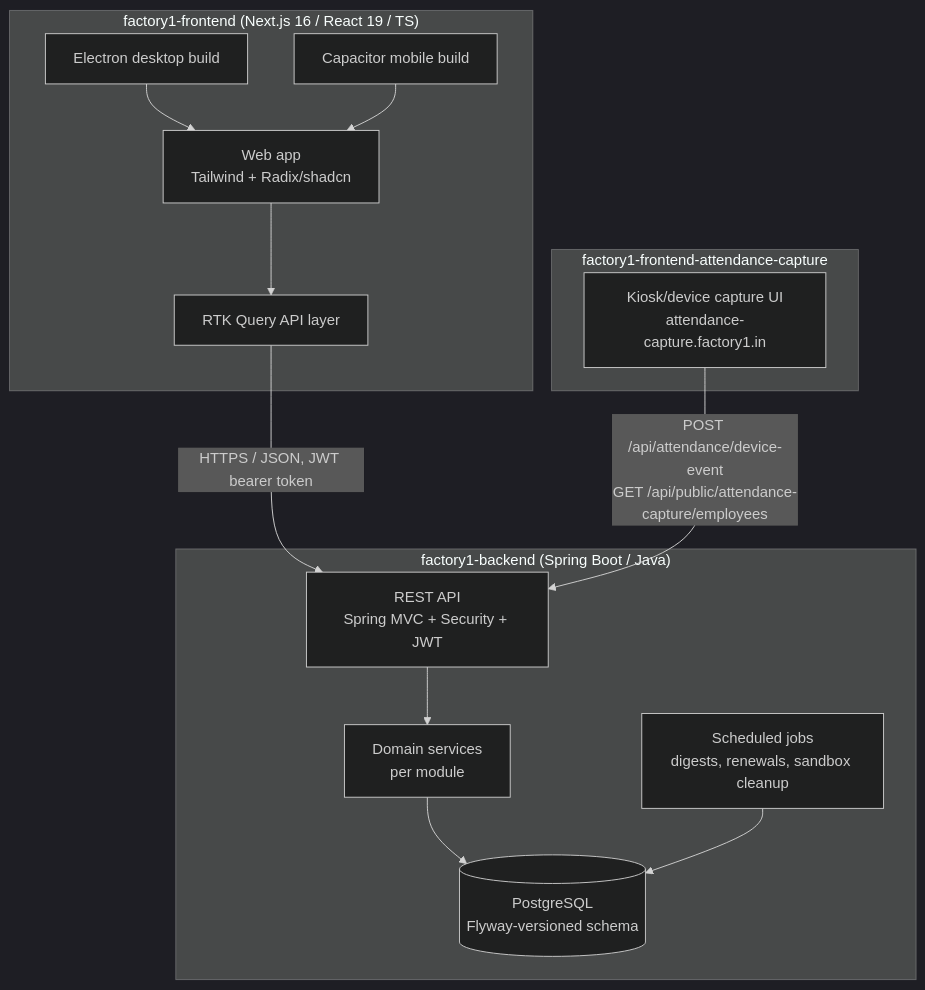
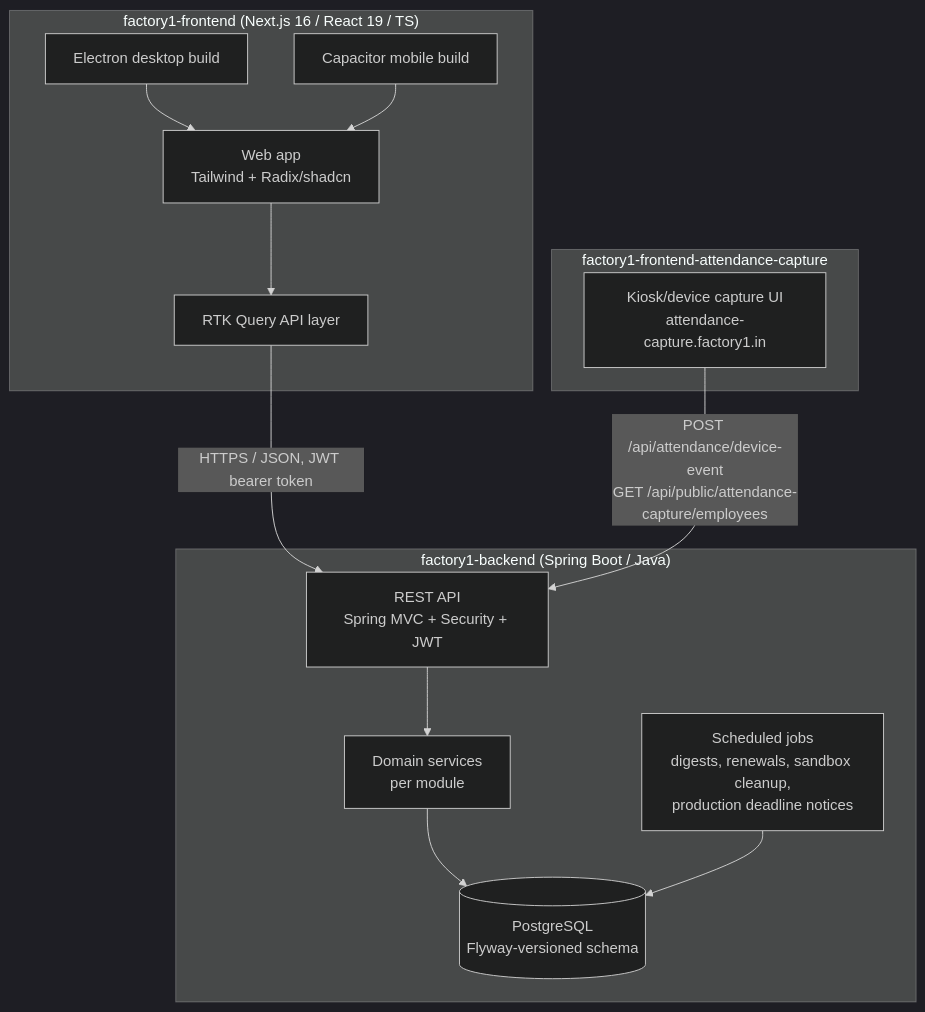
Before and after one commit to yashb319/factory1-technical-details: the diagram in docs/architecture/system-overview.md, drawn with Mermaid (dark theme). The commit also changed other lines of this file and 7 other files, not shown here.

````diff
--- a/docs/architecture/system-overview.md
+++ b/docs/architecture/system-overview.md
@@ -12,28 +13,28 @@
 ```mermaid
 graph TB
     subgraph "factory1-backend (Spring Boot / Java)"
         API[REST API<br/>Spring MVC + Security + JWT]
         SVC[Domain services<br/>per module]
         DB[(PostgreSQL<br/>Flyway-versioned schema)]
-        SCHED[Scheduled jobs<br/>digests, renewals, sandbox cleanup]
+        SCHED[Scheduled jobs<br/>digests, renewals, sandbox cleanup,<br/>production deadline notices]
         API --> SVC --> DB
         SCHED --> DB
     end
 
     subgraph "factory1-frontend (Next.js 16 / React 19 / TS)"
         WEB[Web app<br/>Tailwind + Radix/shadcn]
         RTK[RTK Query API layer]
         ELEC[Electron desktop build]
         CAP[Capacitor mobile build]
         WEB --> RTK
         ELEC --> WEB
         CAP --> WEB
     end
 
     subgraph "factory1-frontend-attendance-capture"
         CAPTURE[Kiosk/device capture UI<br/>attendance-capture.factory1.in]
     end
 
     RTK -- "HTTPS / JSON, JWT bearer token" --> API
     CAPTURE -- "POST /api/attendance/device-event<br/>GET /api/public/attendance-capture/employees" --> API
 ```
````
